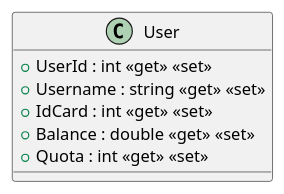
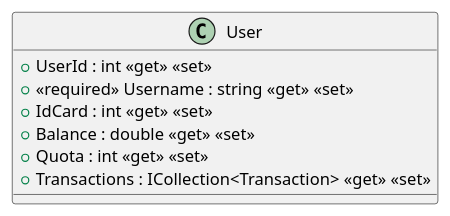
One commit to Poluux/ArchitectureProject changed the diagram in generatedPuml/DataAccessLayer/Models/User.puml. Above: the diagram before and after it, drawn with PlantUML. The commit also changed 32 other files, not shown here.

```diff
--- a/generatedPuml/DataAccessLayer/Models/User.puml
+++ b/generatedPuml/DataAccessLayer/Models/User.puml
@@ -1,9 +1,10 @@
 @startuml
 class User {
     + UserId : int <<get>> <<set>>
-    + Username : string <<get>> <<set>>
+    + <<required>> Username : string <<get>> <<set>>
     + IdCard : int <<get>> <<set>>
     + Balance : double <<get>> <<set>>
     + Quota : int <<get>> <<set>>
+    + Transactions : ICollection<Transaction> <<get>> <<set>>
 }
 @enduml
```
